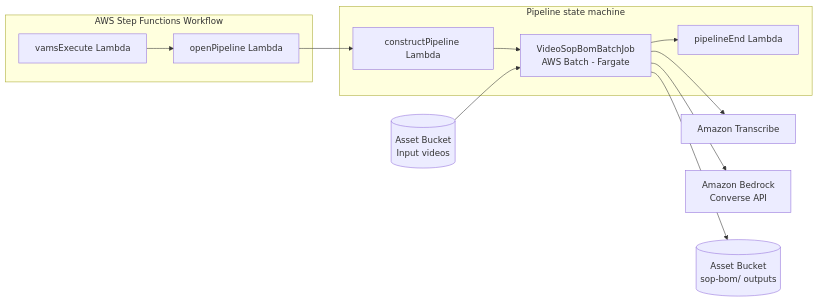
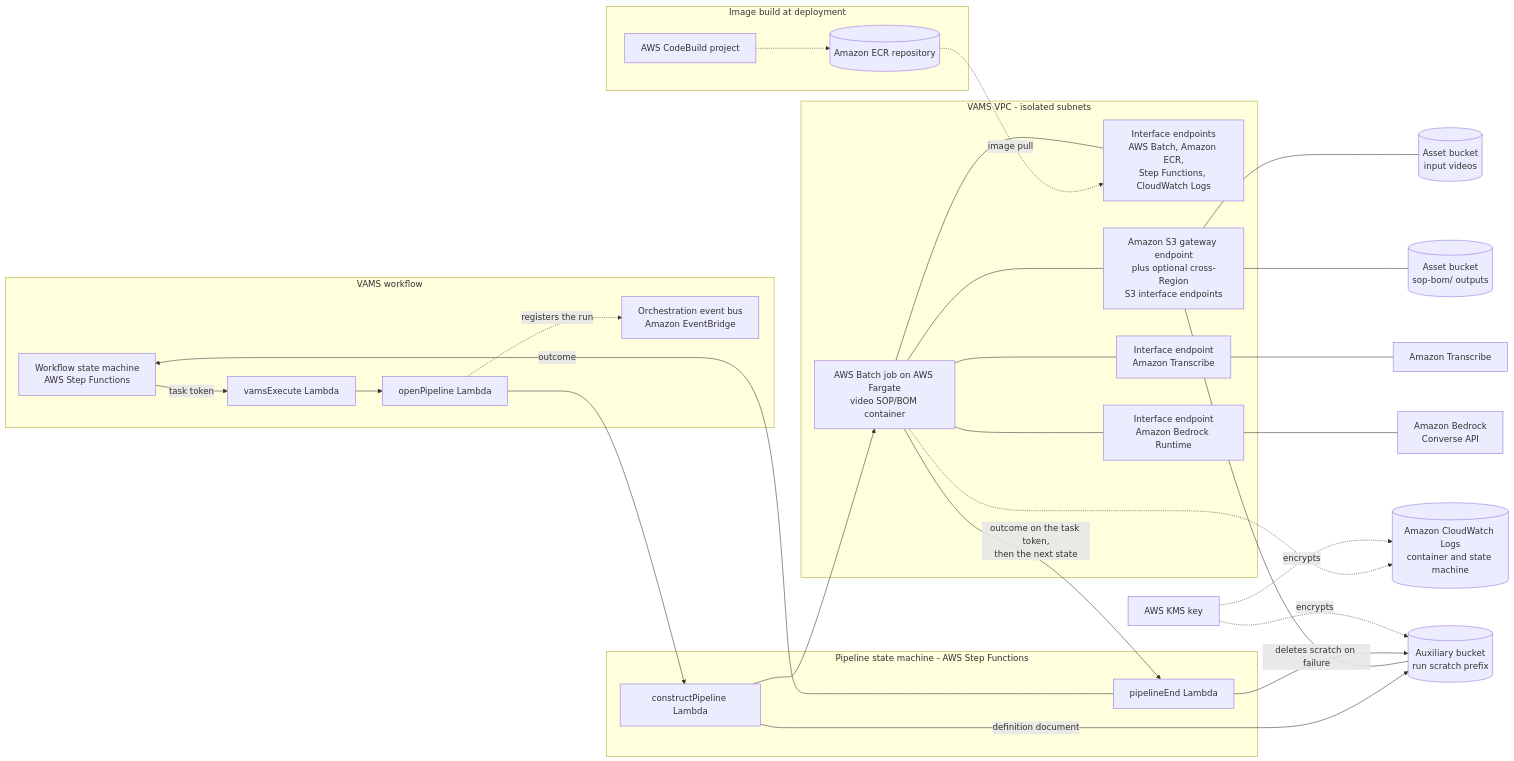
Before and after one commit to awslabs/visual-asset-management-system: the diagram in documentation/docusaurus-site/docs/pipelines/video-sop-bom.md, drawn with Mermaid. The commit also changed other lines of this file and 2 other files, not shown here.

Commit message:
Show the video SOP/BOM pipeline's deployed resources in its architecture diagram
The pipeline page's Mermaid diagram now shows the image build (AWS CodeBuild,
Amazon ECR), the VPC isolated subnets with the interface and S3 endpoints the
container uses, the auxiliary bucket scratch prefix, the orchestration event
bus, Amazon CloudWatch Logs and the AWS KMS key, alongside the run's control
flow. The container reports on the pipeline state machine's task token and the
state machine then runs pipelineEnd, which the diagram now draws as such.

The same diagram is kept under documentation/diagrams/: the Mermaid source in
source/mermaid/pipeline_usecase_videoSopBom.mmd and a rendered
pipeline_usecase_videoSopBom.png beside the other pipeline use-case diagrams.

````diff
--- a/documentation/docusaurus-site/docs/pipelines/video-sop-bom.md
+++ b/documentation/docusaurus-site/docs/pipelines/video-sop-bom.md
@@ -42,27 +44,59 @@
 ```mermaid
 flowchart LR
-    subgraph Workflow["AWS Step Functions Workflow"]
+    subgraph Build["Image build at deployment"]
+        CB[AWS CodeBuild project]
+        ECR[(Amazon ECR repository)]
+    end
+
+    subgraph Orchestration["VAMS workflow"]
+        WF[Workflow state machine<br/>AWS Step Functions]
         VE[vamsExecute Lambda]
         OP[openPipeline Lambda]
+        BUS[Orchestration event bus<br/>Amazon EventBridge]
     end
 
-    subgraph Pipeline["Pipeline state machine"]
+    subgraph Pipeline["Pipeline state machine - AWS Step Functions"]
         CP[constructPipeline Lambda]
-        BJ[VideoSopBomBatchJob<br/>AWS Batch - Fargate]
         PE[pipelineEnd Lambda]
     end
 
-    S3In[(Asset Bucket<br/>Input videos)]
+    subgraph VPC["VAMS VPC - isolated subnets"]
+        BJ[AWS Batch job on AWS Fargate<br/>video SOP/BOM container]
+        EPC[Interface endpoints<br/>AWS Batch, Amazon ECR,<br/>Step Functions, CloudWatch Logs]
+        EPT[Interface endpoint<br/>Amazon Transcribe]
+        EPR[Interface endpoint<br/>Amazon Bedrock Runtime]
+        GW[Amazon S3 gateway endpoint<br/>plus optional cross-Region<br/>S3 interface endpoints]
+    end
+
+    S3In[(Asset bucket<br/>input videos)]
+    S3Out[(Asset bucket<br/>sop-bom/ outputs)]
+    AUX[(Auxiliary bucket<br/>run scratch prefix)]
     TR[Amazon Transcribe]
     BR[Amazon Bedrock<br/>Converse API]
-    S3Out[(Asset Bucket<br/>sop-bom/ outputs)]
+    LOGS[(Amazon CloudWatch Logs<br/>container and state machine)]
+    KMS[AWS KMS key]
 
+    CB -.-> ECR
+    ECR -.->|image pull| EPC
+    WF -->|task token| VE
     VE --> OP
+    OP -.->|registers the run| BUS
     OP --> CP
+    CP -->|definition document| AUX
     CP --> BJ
-    S3In --> BJ
-    BJ --> TR
-    BJ --> BR
-    BJ --> S3Out
-    BJ --> PE
+    BJ --- EPC
+    BJ --- GW
+    GW --- S3In
+    GW --- S3Out
+    GW --- AUX
+    BJ --- EPT
+    EPT --- TR
+    BJ --- EPR
+    EPR --- BR
+    BJ -->|outcome on the task token,<br/>then the next state| PE
+    PE -->|deletes scratch on failure| AUX
+    PE -->|outcome| WF
+    BJ -.-> LOGS
+    KMS -.->|encrypts| LOGS
+    KMS -.->|encrypts| AUX
 ```
````
